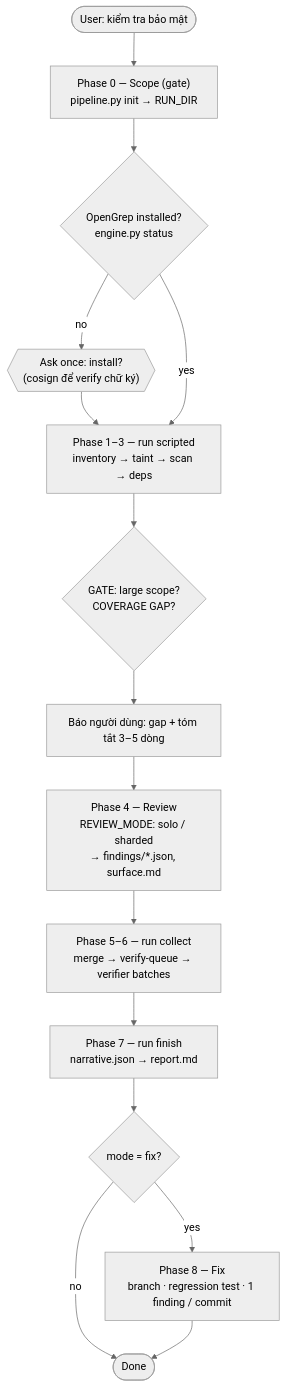
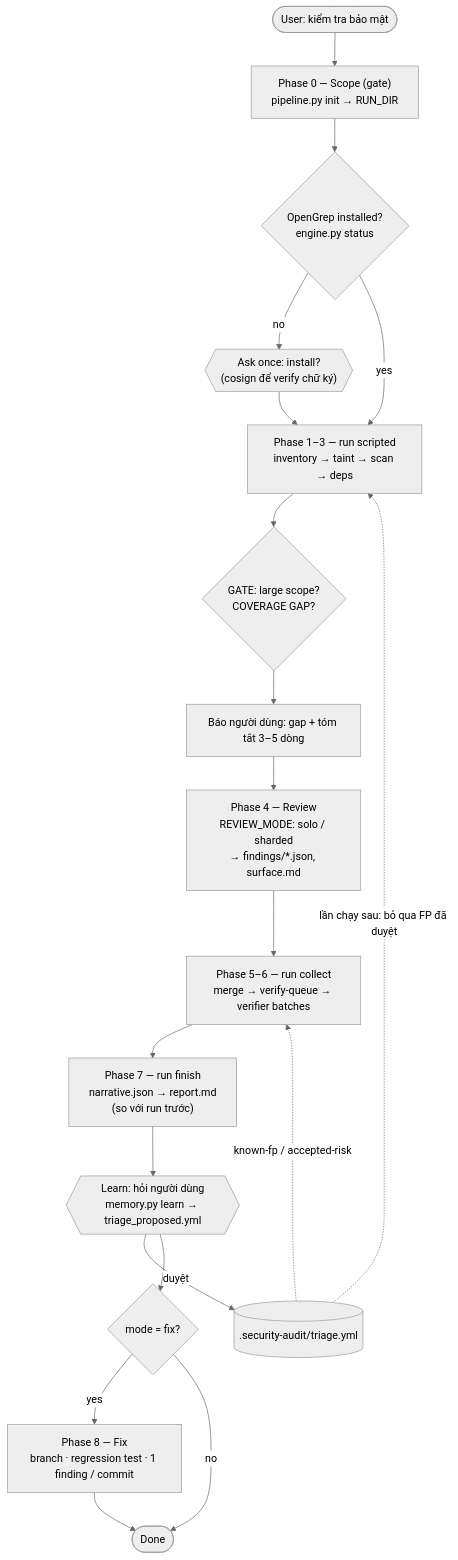
The first of 2 diagrams in skills/engineering/tl-security-audit/WORKFLOW.md (tungle28/tl-skills), drawn with Mermaid (neutral theme) before and after one commit. The commit also changed other lines of this file and 21 other files, not shown here.

````diff
--- a/skills/engineering/tl-security-audit/WORKFLOW.md
+++ b/skills/engineering/tl-security-audit/WORKFLOW.md
@@ -49,18 +50,22 @@
 ```mermaid
 flowchart TD
     U(["User: kiểm tra bảo mật"]) --> P0["Phase 0 — Scope (gate)<br/>pipeline.py init → RUN_DIR"]
     P0 --> EN{"OpenGrep installed?<br/>engine.py status"}
     EN -- no --> ASK{{"Ask once: install?<br/>(cosign để verify chữ ký)"}}
     ASK --> SC
     EN -- yes --> SC
 
     SC["Phase 1–3 — run scripted<br/>inventory → taint → scan → deps"] --> G{"GATE: large scope?<br/>COVERAGE GAP?"}
     G --> SUM["Báo người dùng: gap + tóm tắt 3–5 dòng"]
     SUM --> P4["Phase 4 — Review<br/>REVIEW_MODE: solo / sharded<br/>→ findings/*.json, surface.md"]
     P4 --> P5["Phase 5–6 — run collect<br/>merge → verify-queue → verifier batches"]
-    P5 --> P7["Phase 7 — run finish<br/>narrative.json → report.md"]
-    P7 --> M{mode = fix?}
+    P5 --> P7["Phase 7 — run finish<br/>narrative.json → report.md<br/>(so với run trước)"]
+    P7 --> LRN{{"Learn: hỏi người dùng<br/>memory.py learn → triage_proposed.yml"}}
+    LRN -- duyệt --> TRI[(".security-audit/triage.yml")]
+    LRN --> M{mode = fix?}
     M -- yes --> P8["Phase 8 — Fix<br/>branch · regression test · 1 finding / commit"]
     M -- no --> Done([Done])
     P8 --> Done
+    TRI -. "lần chạy sau: bỏ qua FP đã duyệt" .-> SC
+    TRI -. "known-fp / accepted-risk" .-> P5
 ```
````
